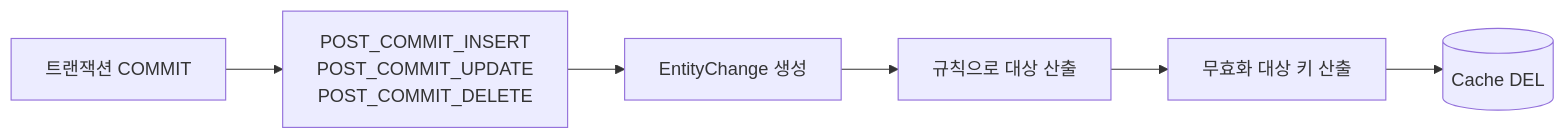
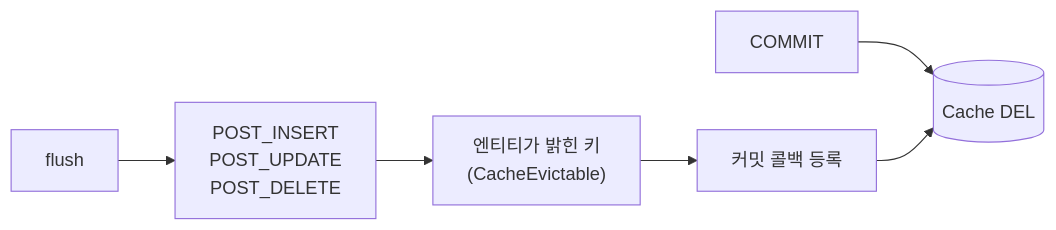
One commit to gmoon92/toy changed the diagram in spring-cache/cache-invalidation-strategy/docs/invalidation/entity-event-invalidate.md. Above: the diagram before and after it, drawn with Mermaid. The commit also changed other lines of this file and 2 other files, not shown here.

First line of the commit message:
docs(cache): 무효화 전략 문서를 write-invalidate 구조에 맞춤

````diff
--- a/spring-cache/cache-invalidation-strategy/docs/invalidation/entity-event-invalidate.md
+++ b/spring-cache/cache-invalidation-strategy/docs/invalidation/entity-event-invalidate.md
@@ -22,8 +22,8 @@
 ```mermaid
 flowchart LR
-    TX[트랜잭션 COMMIT] --> EV["POST_COMMIT_INSERT<br/>POST_COMMIT_UPDATE<br/>POST_COMMIT_DELETE"]
-    EV --> EC[EntityChange 생성]
-    EC --> RU[규칙으로 대상 산출]
-    RU --> KEYS[무효화 대상 키 산출]
-    KEYS --> DEL[(Cache DEL)]
+    FL[flush] --> EV["POST_INSERT<br/>POST_UPDATE<br/>POST_DELETE"]
+    EV --> KEYS["엔티티가 밝힌 키<br/>(CacheEvictable)"]
+    KEYS --> PEND[커밋 콜백 등록]
+    TX[COMMIT] --> DEL[(Cache DEL)]
+    PEND --> DEL
 ```
````
